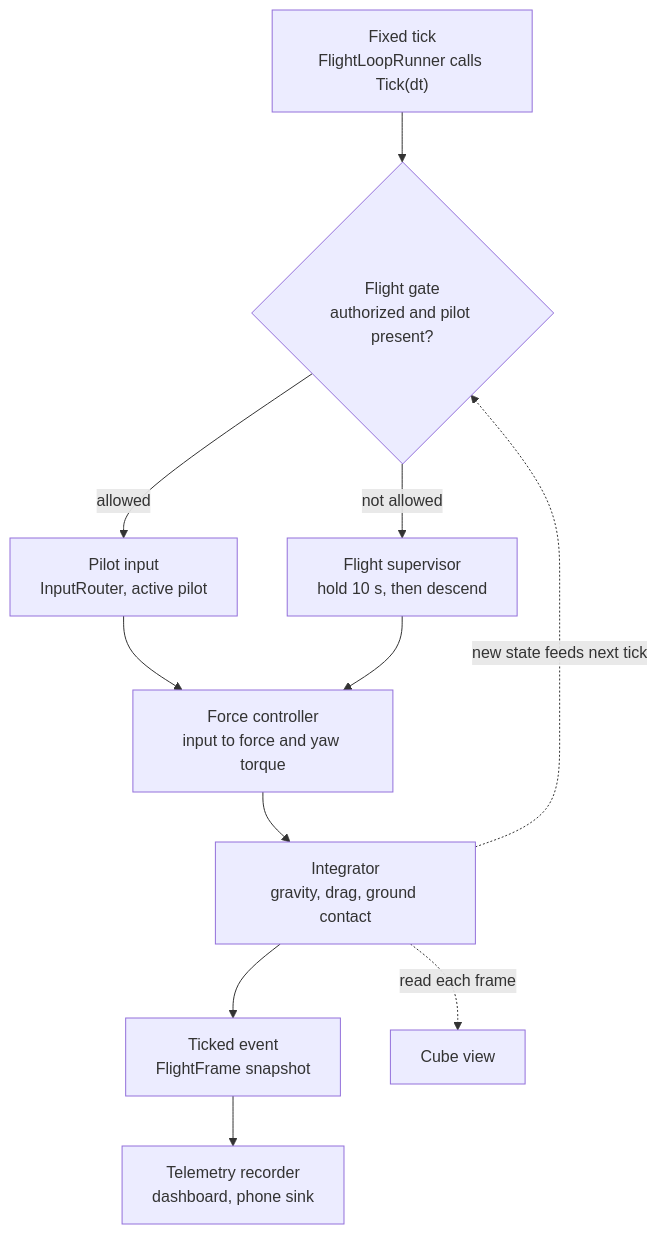
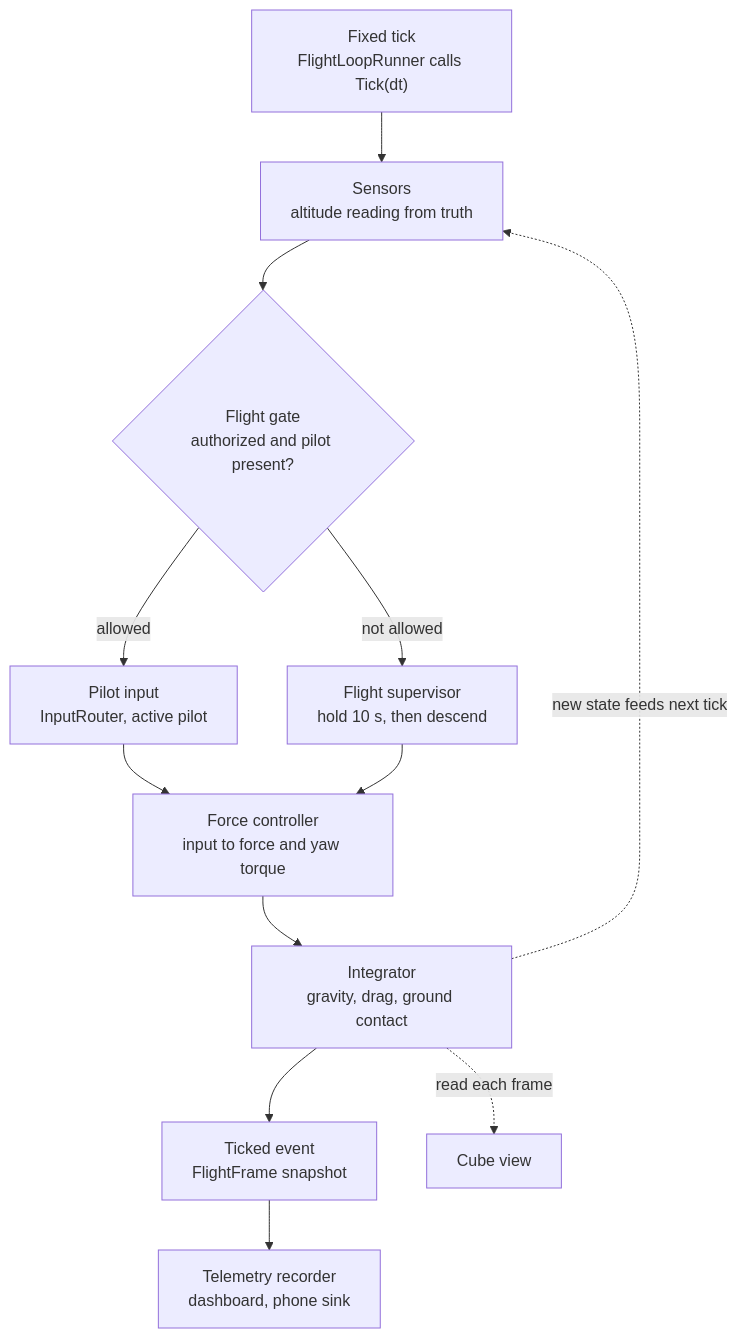
Before and after one commit to AlanKolic/DroneFlightModule: the second of 4 diagrams in Docs/Architecture.md, drawn with Mermaid. The commit also changed other lines of this file, not shown here.

Commit message:
Add terrain, altitude sensor and guest auth to architecture

````diff
--- a/Docs/Architecture.md
+++ b/Docs/Architecture.md
@@ -67,13 +67,14 @@
 ```mermaid
 flowchart TB
-    Tick["Fixed tick<br/>FlightLoopRunner calls Tick(dt)"] --> Gate{"Flight gate<br/>authorized and pilot present?"}
+    Tick["Fixed tick<br/>FlightLoopRunner calls Tick(dt)"] --> Sense["Sensors<br/>altitude reading from truth"]
+    Sense --> Gate{"Flight gate<br/>authorized and pilot present?"}
     Gate -- allowed --> Pilot["Pilot input<br/>InputRouter, active pilot"]
     Gate -- not allowed --> Sup["Flight supervisor<br/>hold 10 s, then descend"]
     Pilot --> Ctrl["Force controller<br/>input to force and yaw torque"]
     Sup --> Ctrl
     Ctrl --> Integ["Integrator<br/>gravity, drag, ground contact"]
     Integ --> Ticked["Ticked event<br/>FlightFrame snapshot"]
-    Integ -. new state feeds next tick .-> Gate
+    Integ -. new state feeds next tick .-> Sense
     Ticked --> Tele["Telemetry recorder<br/>dashboard, phone sink"]
     Integ -. read each frame .-> View["Cube view"]
 ```
````
